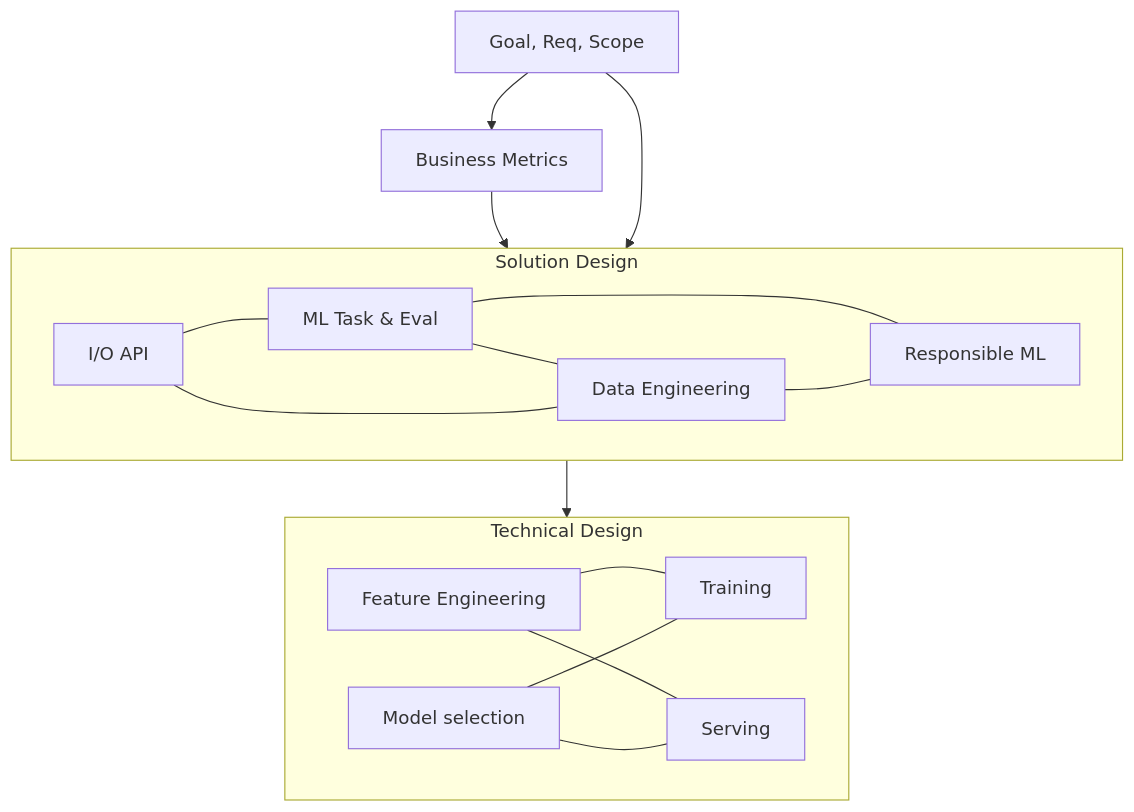
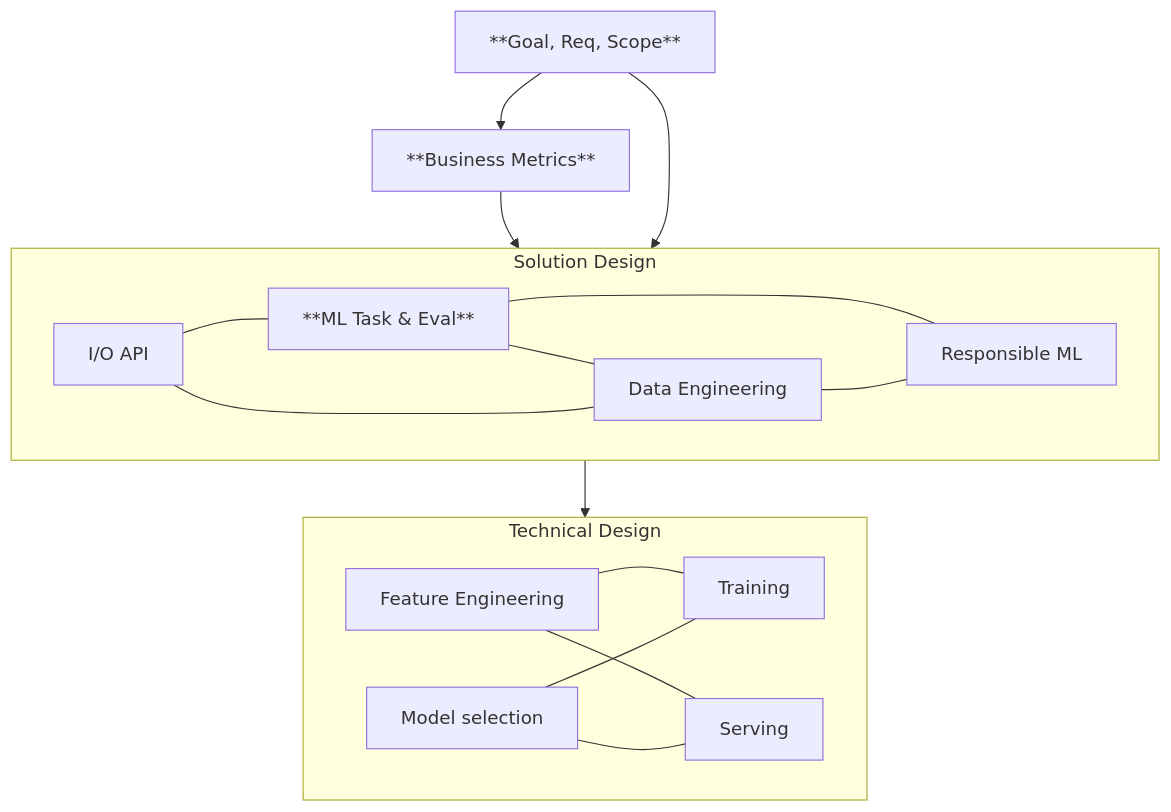
Before and after one commit to ptbdnr/ptbdnr: the diagram in ml_sys_design.md, drawn with Mermaid. The commit also changed other lines of this file, not shown here.

````diff
--- a/ml_sys_design.md
+++ b/ml_sys_design.md
@@ -14,30 +14,30 @@
 ```mermaid
 flowchart TD
-    discover[Goal, Req, Scope]
-    b_metrics[Business Metrics]
+    discover[**Goal, Req, Scope**]
+    b_metrics[**Business Metrics**]
     subgraph sol_des[Solution Design]
         api[I/O API]
-        ml_task[ML Task & Eval]
+        ml_task[**ML Task & Eval**]
         data[Data Engineering]
         sec_by_des[Responsible ML]
     end
     subgraph tech_des[Technical Design]
         feat_eng[Feature Engineering]
         model[Model selection]
         train[Training]
         serve[Serving]
     end
 
     discover --> b_metrics
     b_metrics & discover --> sol_des
         ml_task --- data
         api --- ml_task
         api --- data
         ml_task --- sec_by_des
         data --- sec_by_des
     sol_des --> tech_des
         feat_eng --- train
         feat_eng --- serve
         model --- train
         model --- serve
 ```
````
